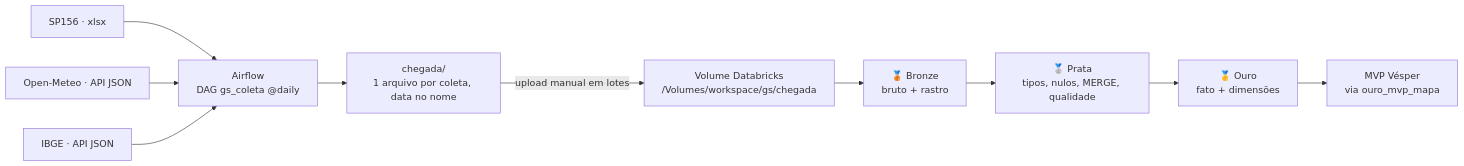
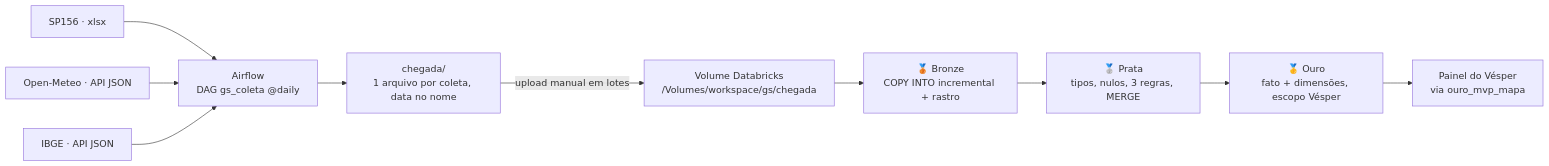
Before and after one commit to guilhermedaher10/Global-Solution_CitzenTech_2026: the diagram in 02-big-data/README.md, drawn with Mermaid. The commit also changed other lines of this file and 11 other files, not shown here.

Commit message:
big-data: bronze incremental, prata com regras, ouro no escopo, painel e README

````diff
--- a/02-big-data/README.md
+++ b/02-big-data/README.md
@@ -28,12 +33,12 @@
 ```mermaid
 flowchart LR
     A[SP156 · xlsx] --> D[Airflow<br/>DAG gs_coleta @daily]
     B[Open-Meteo · API JSON] --> D
     C[IBGE · API JSON] --> D
     D --> E[chegada/<br/>1 arquivo por coleta, data no nome]
     E -->|upload manual em lotes| F[Volume Databricks<br/>/Volumes/workspace/gs/chegada]
-    F --> G[🥉 Bronze<br/>bruto + rastro]
-    G --> H[🥈 Prata<br/>tipos, nulos, MERGE, qualidade]
-    H --> I[🥇 Ouro<br/>fato + dimensões]
-    I --> J[MVP Vésper<br/>via ouro_mvp_mapa]
+    F --> G[🥉 Bronze<br/>COPY INTO incremental + rastro]
+    G --> H[🥈 Prata<br/>tipos, nulos, 3 regras, MERGE]
+    H --> I[🥇 Ouro<br/>fato + dimensões, escopo Vésper]
+    I --> J[Painel do Vésper<br/>via ouro_mvp_mapa]
 ```
````
